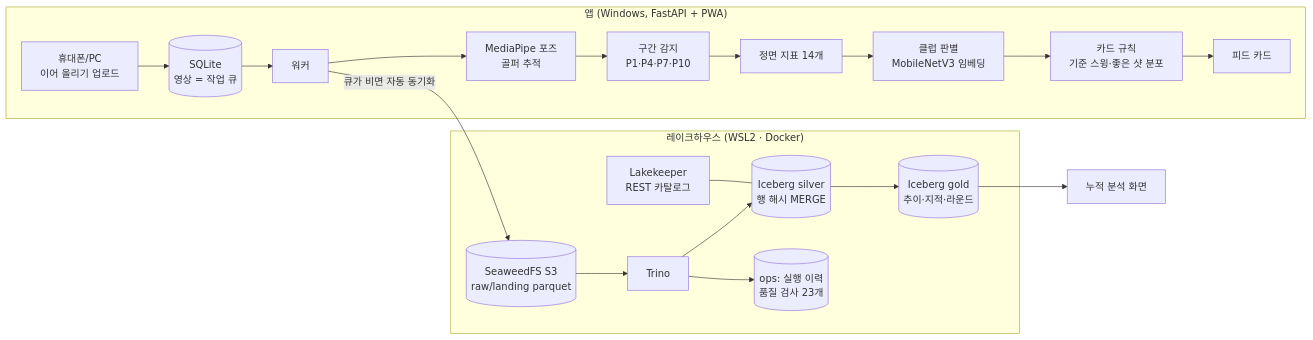
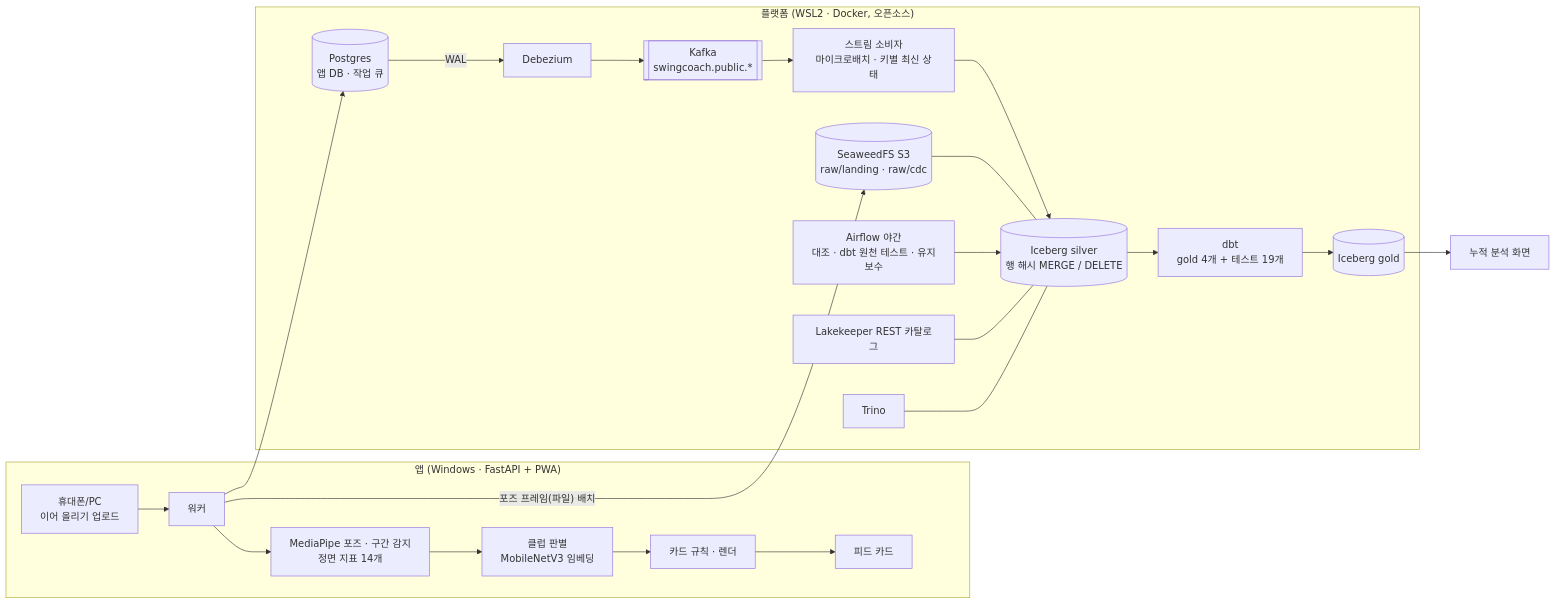
One commit to cgejej-cloud/swing-coach-lakehouse changed the diagram in README.md. Above: the diagram before and after it, drawn with Mermaid. The commit also changed other lines of this file and 4 other files, not shown here.

First line of the commit message:
Verify Airflow DAG end to end; document CDC, dbt and Airflow

````diff
--- a/README.md
+++ b/README.md
@@ -13,22 +13,25 @@
 ```mermaid
 flowchart LR
-  subgraph App["앱 (Windows, FastAPI + PWA)"]
-    U[휴대폰/PC<br/>이어 올리기 업로드] --> Q[(SQLite<br/>영상 = 작업 큐)]
-    Q --> W[워커]
-    W --> P[MediaPipe 포즈<br/>골퍼 추적]
-    P --> PH[구간 감지<br/>P1·P4·P7·P10]
-    PH --> M[정면 지표 14개]
-    M --> C[클럽 판별<br/>MobileNetV3 임베딩]
-    C --> K[카드 규칙<br/>기준 스윙·좋은 샷 분포]
+  subgraph App["앱 (Windows · FastAPI + PWA)"]
+    U[휴대폰/PC<br/>이어 올리기 업로드] --> W[워커]
+    W --> P[MediaPipe 포즈 · 구간 감지<br/>정면 지표 14개]
+    P --> C[클럽 판별<br/>MobileNetV3 임베딩]
+    C --> K[카드 규칙 · 렌더]
     K --> F[피드 카드]
   end
-  subgraph Lake["레이크하우스 (WSL2 · Docker)"]
-    L[(SeaweedFS S3<br/>raw/landing parquet)] --> T[Trino]
-    T --> S[(Iceberg silver<br/>행 해시 MERGE)]
-    S --> G[(Iceberg gold<br/>추이·지적·라운드)]
-    T --> O[(ops: 실행 이력<br/>품질 검사 23개)]
-    LK[Lakekeeper<br/>REST 카탈로그] --- S
+  subgraph Platform["플랫폼 (WSL2 · Docker, 오픈소스)"]
+    PG[(Postgres<br/>앱 DB · 작업 큐)] -- WAL --> DZ[Debezium]
+    DZ --> KF[[Kafka<br/>swingcoach.public.*]]
+    KF --> ST[스트림 소비자<br/>마이크로배치 · 키별 최신 상태]
+    ST --> S[(Iceberg silver<br/>행 해시 MERGE / DELETE)]
+    L[(SeaweedFS S3<br/>raw/landing · raw/cdc)] --- S
+    S --> DBT[dbt<br/>gold 4개 + 테스트 19개]
+    DBT --> G[(Iceberg gold)]
+    AF[Airflow 야간<br/>대조 · dbt 원천 테스트 · 유지보수] --> S
+    LK[Lakekeeper REST 카탈로그] --- S
+    TR[Trino] --- S
   end
-  W -- 큐가 비면 자동 동기화 --> L
+  W --> PG
+  W -- 포즈 프레임(파일) 배치 --> L
   G --> I[누적 분석 화면]
 ```
````
